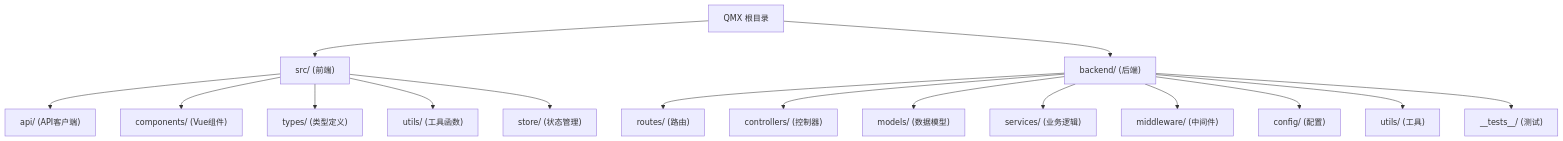
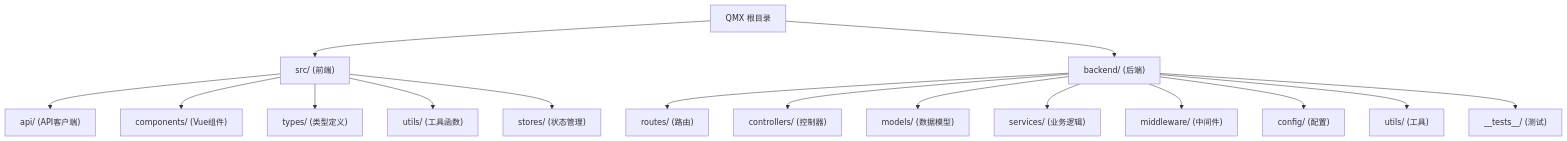
Before and after one commit to H-Chris233/QMX: the diagram in CLAUDE.md, drawn with Mermaid. The commit also changed other lines of this file and 4 other files, not shown here.

````diff
--- a/CLAUDE.md
+++ b/CLAUDE.md
@@ -59,31 +74,32 @@
 ```mermaid
 graph TD
     A["QMX 根目录"] --> B["src/ (前端)"];
     A --> C["backend/ (后端)"];
 
     B --> B1["api/ (API客户端)"];
     B --> B2["components/ (Vue组件)"];
     B --> B3["types/ (类型定义)"];
     B --> B4["utils/ (工具函数)"];
-    B --> B5["store/ (状态管理)"];
+    B --> B5["stores/ (状态管理)"];
 
     C --> C1["routes/ (路由)"];
     C --> C2["controllers/ (控制器)"];
     C --> C3["models/ (数据模型)"];
     C --> C4["services/ (业务逻辑)"];
     C --> C5["middleware/ (中间件)"];
     C --> C6["config/ (配置)"];
     C --> C7["utils/ (工具)"];
     C --> C8["__tests__/ (测试)"];
 
     click B1 "./src/api/CLAUDE.md" "查看 API 模块文档"
     click B2 "./src/components/CLAUDE.md" "查看组件模块文档"
     click B3 "./src/types/CLAUDE.md" "查看类型模块文档"
     click B4 "./src/utils/CLAUDE.md" "查看前端工具模块文档"
+    click B5 "./src/stores/CLAUDE.md" "查看状态管理模块文档"
     click C1 "./backend/src/routes/CLAUDE.md" "查看路由模块文档"
     click C2 "./backend/src/controllers/CLAUDE.md" "查看控制器模块文档"
     click C3 "./backend/src/models/CLAUDE.md" "查看模型模块文档"
     click C4 "./backend/src/services/CLAUDE.md" "查看服务模块文档"
     click C5 "./backend/src/middleware/CLAUDE.md" "查看中间件模块文档"
     click C6 "./backend/src/config/CLAUDE.md" "查看配置模块文档"
 ```
````
